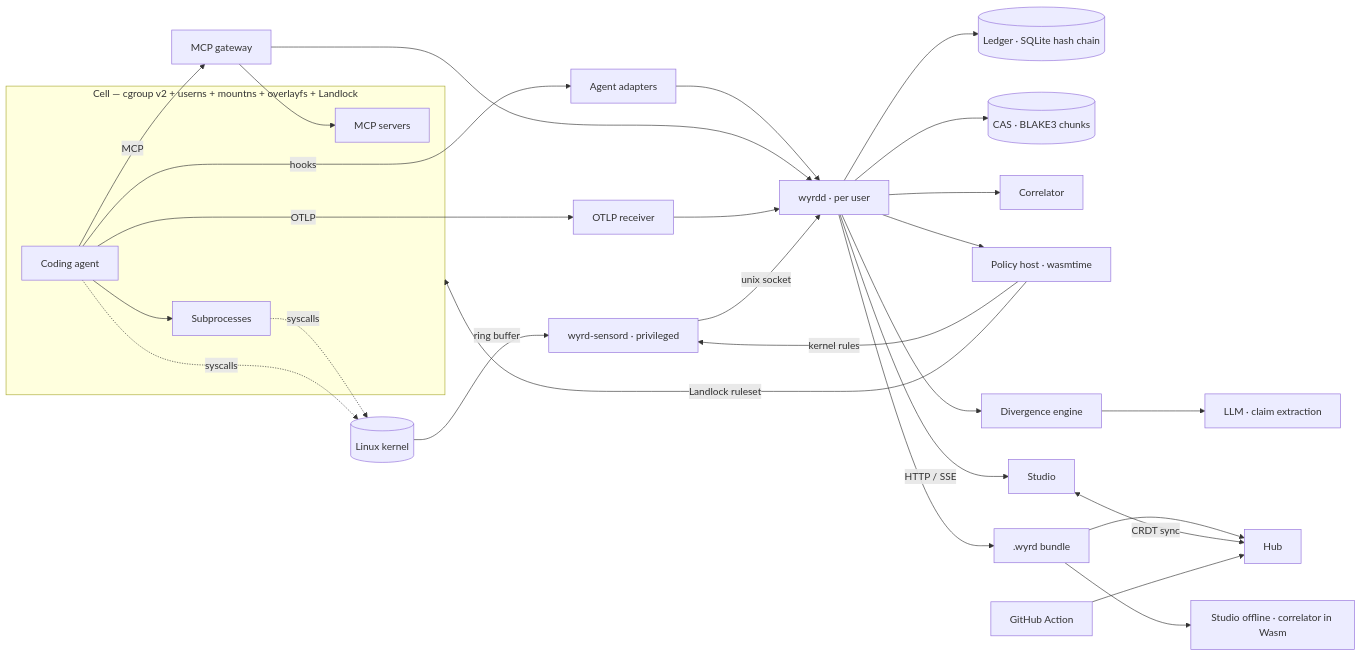
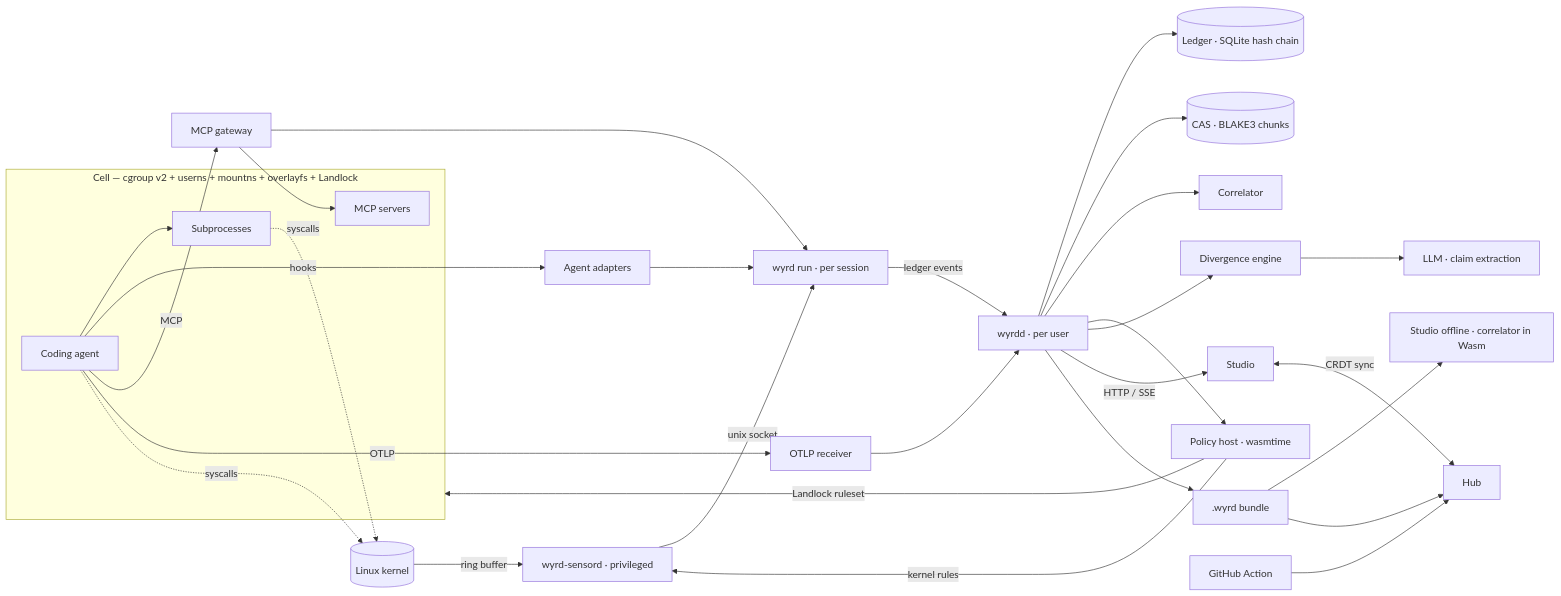
Before and after one commit to Kunj157/wyrdline: the first of 2 diagrams in docs/architecture/overview.md, drawn with Mermaid. The commit also changed other lines of this file, not shown here.

Commit message:
docs(docs): name wyrd run as the sensor's client in the overview
The trust boundary and the diagram had wyrdd talking to wyrd-sensord.
The sensor client is wyrd run (crates/wyrd-cli effects.rs registers
the session's cgroups); wyrdd reads the ledger and receives OTLP. The
diagram now routes the sensor, the hook adapters and the MCP gateway
through the per-session wyrd run, which is the single ledger writer.

Refs #169

````diff
--- a/docs/architecture/overview.md
+++ b/docs/architecture/overview.md
@@ -10,38 +10,39 @@
 ```mermaid
 flowchart LR
     subgraph Cell["Cell — cgroup v2 + userns + mountns + overlayfs + Landlock"]
         AGENT[Coding agent]
         TOOLS[Subprocesses]
         MCPS[MCP servers]
         AGENT --> TOOLS
     end
 
     AGENT -- hooks --> ADAPT[Agent adapters]
     AGENT -- MCP --> GW[MCP gateway]
     GW --> MCPS
     AGENT -- OTLP --> OTLP[OTLP receiver]
 
     KERN[(Linux kernel)] -- ring buffer --> SENSOR[wyrd-sensord · privileged]
     TOOLS -.syscalls.-> KERN
     AGENT -.syscalls.-> KERN
 
-    ADAPT --> D[wyrdd · per user]
-    GW --> D
-    OTLP --> D
-    SENSOR -- unix socket --> D
+    OTLP --> D[wyrdd · per user]
+    SENSOR -- unix socket --> RUN[wyrd run · per session]
+    ADAPT --> RUN
+    GW --> RUN
+    RUN -- ledger events --> D
 
     D --> LEDGER[(Ledger · SQLite hash chain)]
     D --> CAS[(CAS · BLAKE3 chunks)]
     D --> CORR[Correlator]
     D --> POL[Policy host · wasmtime]
     POL -- kernel rules --> SENSOR
     POL -- Landlock ruleset --> Cell
     D --> DIV[Divergence engine]
     DIV --> LLM[LLM · claim extraction]
     D -- HTTP / SSE --> STUDIO[Studio]
     D --> BUNDLE[.wyrd bundle]
     BUNDLE --> OFFLINE[Studio offline · correlator in Wasm]
     BUNDLE --> HUB[Hub]
     STUDIO <-- CRDT sync --> HUB
     CI[GitHub Action] --> HUB
 ```
````
